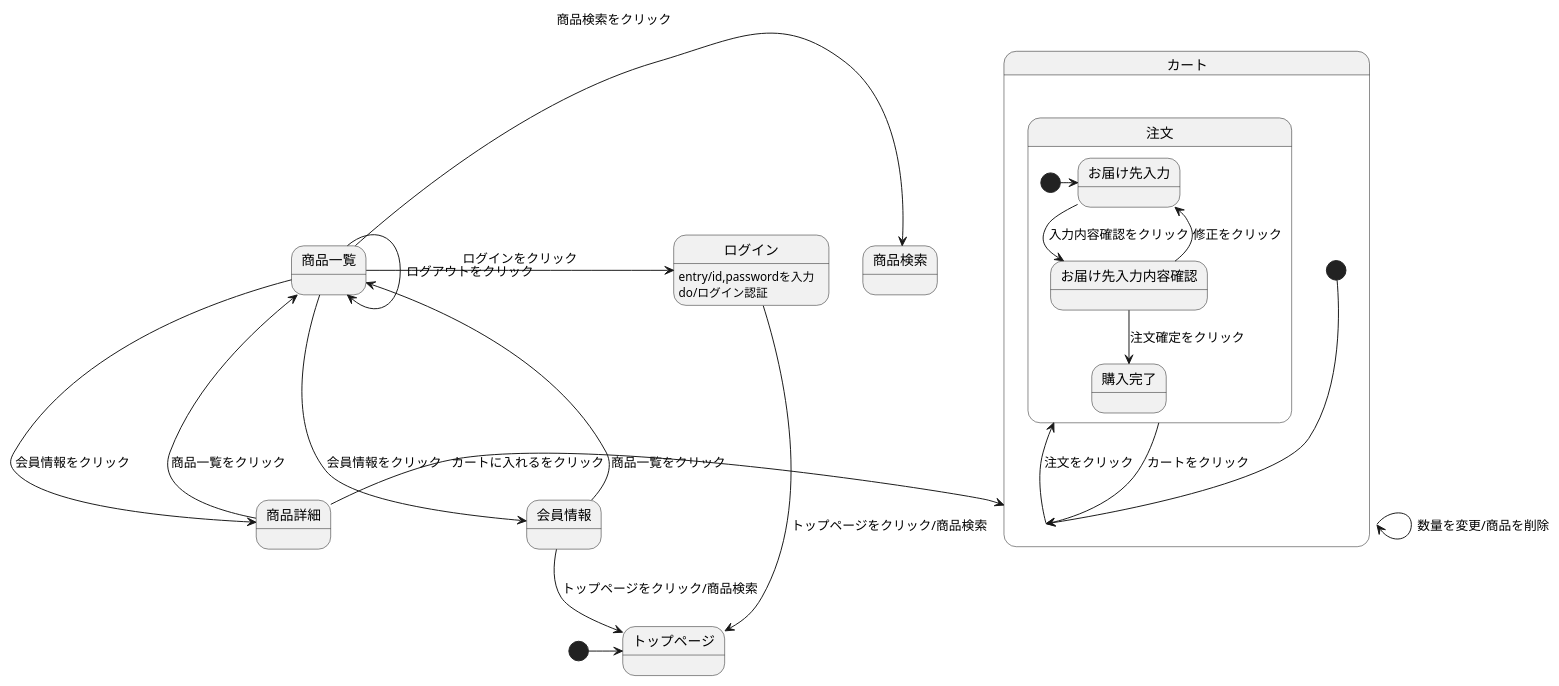
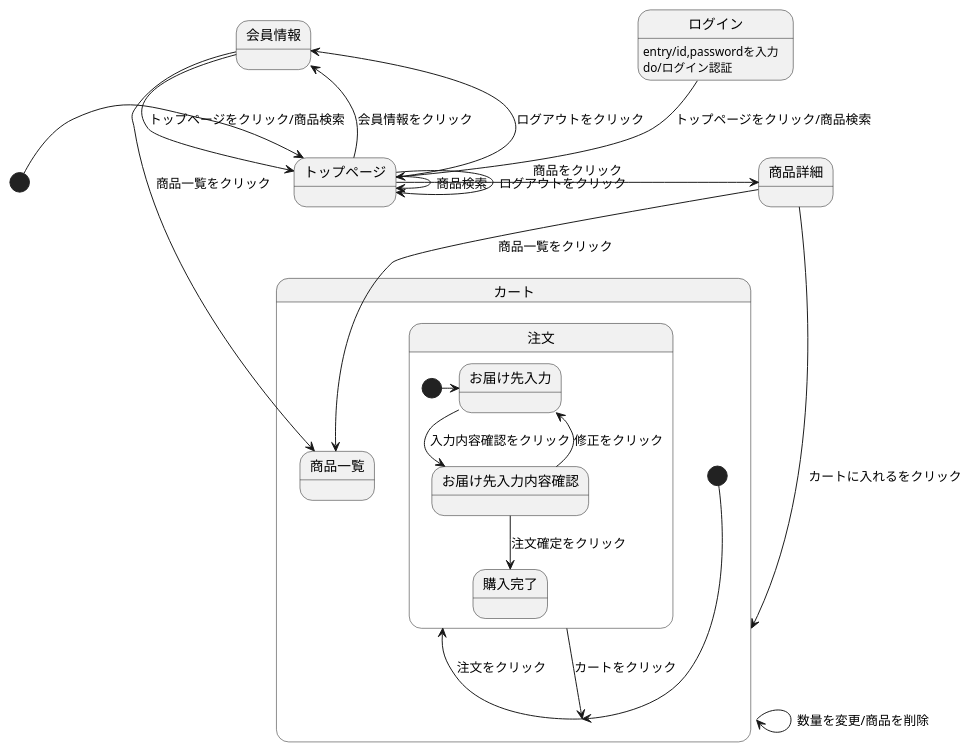
Before and after one commit to Aso2001369/2021sys-design: the diagram in stmmyshop.md, drawn with PlantUML.

````diff
--- a/stmmyshop.md
+++ b/stmmyshop.md
@@ -1,31 +1,31 @@
 ```uml
 @startuml
 
 [*] -> トップページ
 会員情報 --> トップページ : トップページをクリック/商品検索
 ログイン --> トップページ : トップページをクリック/商品検索
 ログイン : entry/id,passwordを入力
 ログイン : do/ログイン認証
-商品一覧 -> 商品検索 : 商品検索をクリック
-商品一覧 -> 商品詳細 : 会員情報をクリック
-商品一覧 -> ログイン : ログインをクリック
-商品一覧 -> 商品一覧 : ログアウトをクリック
-商品一覧 -> 会員情報 : 会員情報をクリック
+トップページ --> トップページ : ログアウトをクリック
+トップページ -> トップページ : 商品検索
+トップページ -> 商品詳細 : 商品をクリック
+トップページ -left> 会員情報 : ログアウトをクリック
+トップページ -> 会員情報 : 会員情報をクリック
 商品詳細 -> カート : カートに入れるをクリック
 state カート {
 [*] --> カート
 カート -> 注文 : 注文をクリック
 カート -> カート : 数量を変更/商品を削除
 注文 --> カート : カートをクリック
 state 注文 {
 [*] -> お届け先入力
 お届け先入力 --> お届け先入力内容確認 : 入力内容確認をクリック
 お届け先入力内容確認 --> お届け先入力 : 修正をクリック
 お届け先入力内容確認 --> 購入完了 : 注文確定をクリック
 }
 商品詳細 --> 商品一覧 : 商品一覧をクリック
 会員情報 --> 商品一覧 : 商品一覧をクリック
 
 
 @enduml
 ```
````
